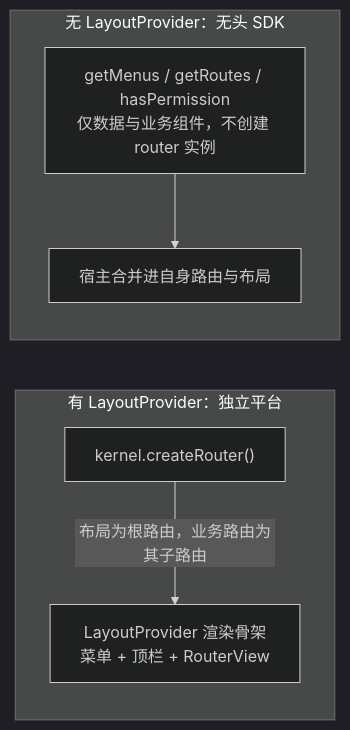
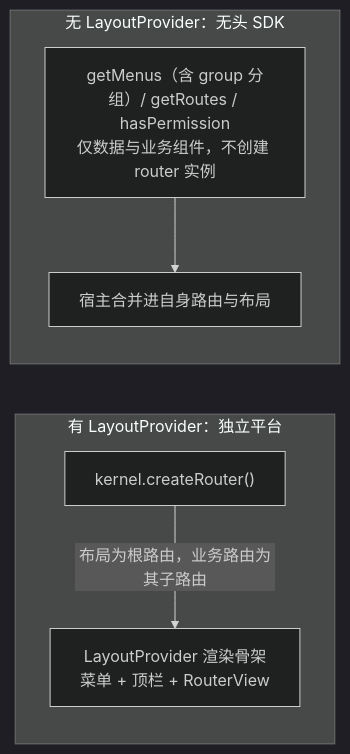
One commit to HirongVSuen/kacean-admin changed the second of 2 diagrams in README.md. Above: the diagram before and after it, drawn with Mermaid (dark theme). The commit also changed other lines of this file and 16 other files, not shown here.

````diff
--- a/README.md
+++ b/README.md
@@ -75,11 +75,11 @@
 ```mermaid
 flowchart LR
     subgraph Headed["有 LayoutProvider：独立平台"]
         direction TB
         K1["kernel.createRouter()"] -->|"布局为根路由，业务路由为其子路由"| L1["LayoutProvider 渲染骨架<br/>菜单 + 顶栏 + RouterView"]
     end
     subgraph Headless["无 LayoutProvider：无头 SDK"]
         direction TB
-        K2["getMenus / getRoutes / hasPermission<br/>仅数据与业务组件，不创建 router 实例"] --> H2["宿主合并进自身路由与布局"]
+        K2["getMenus（含 group 分组）/ getRoutes / hasPermission<br/>仅数据与业务组件，不创建 router 实例"] --> H2["宿主合并进自身路由与布局"]
     end
 ```
````
